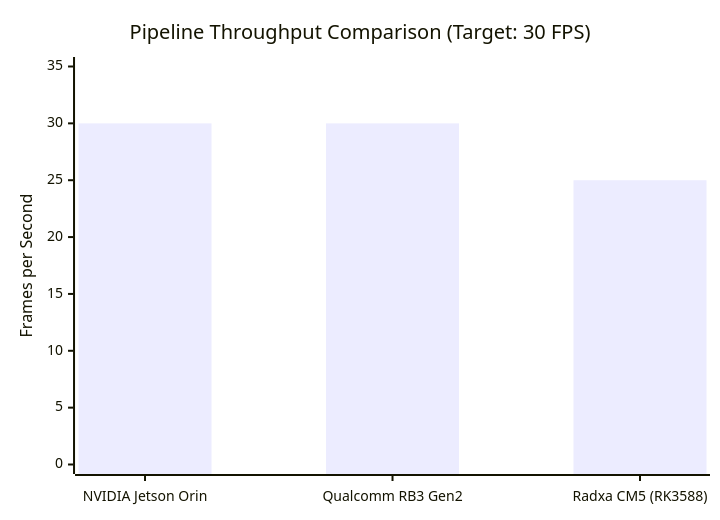
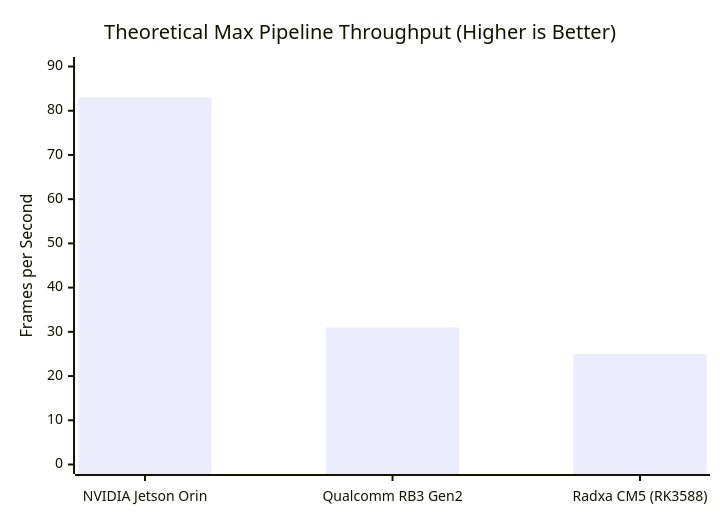
The second of 5 diagrams in README.md (zok213/DAT1), drawn with Mermaid before and after one commit. The commit also changed other lines of this file and 1 other file, not shown here.

Commit message:
docs: Clarify Theoretical Max FPS headroom and DSP vs GPU Power Efficiency

````diff
--- a/README.md
+++ b/README.md
@@ -69,7 +69,7 @@
 ```mermaid
 xychart-beta
-    title "Pipeline Throughput Comparison (Target: 30 FPS)"
+    title "Theoretical Max Pipeline Throughput (Higher is Better)"
     x-axis ["NVIDIA Jetson Orin", "Qualcomm RB3 Gen2", "Radxa CM5 (RK3588)"]
-    y-axis "Frames per Second" 0 --> 35
-    bar [30.0, 30.0, 25.0]
+    y-axis "Frames per Second" 0 --> 90
+    bar [83.0, 31.0, 25.0]
 ```
````
